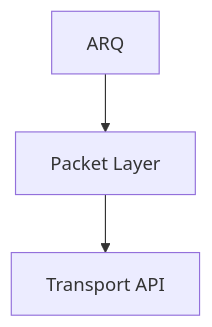
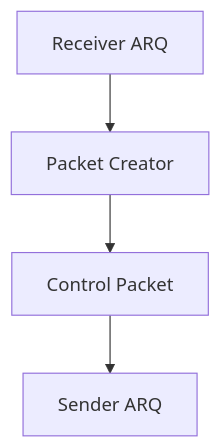
Before and after one commit to Siddharth-Nath-06/Reliable-UDP: the fifth of 8 diagrams in docs/architecture.md, drawn with Mermaid. The commit also changed other lines of this file, not shown here.

Commit message:
correct and specify packet handler modules and responsibilty

````diff
--- a/docs/architecture.md
+++ b/docs/architecture.md
@@ -202,10 +187,12 @@
 ```mermaid
 flowchart TD
 
-    A[ARQ]
-    B[Packet Layer]
-    C[Transport API]
+    A[Receiver ARQ]
+    B[Packet Creator]
+    C[Control Packet]
+    D[Sender ARQ]
 
     A --> B
     B --> C
+    C --> D
 ```
````
